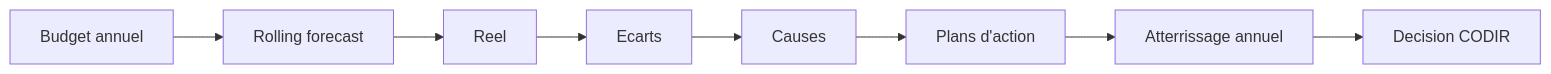
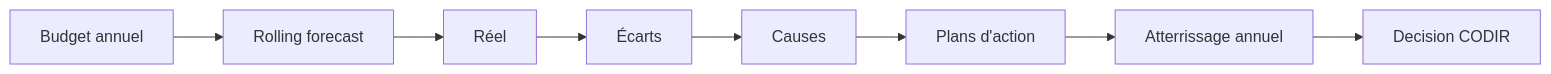
One commit to Sky273/ESNForecast changed the diagram in docs/v6-budget-trajectory.md. Above: the diagram before and after it, drawn with Mermaid. The commit also changed other lines of this file and 103 other files, not shown here.

````diff
--- a/docs/v6-budget-trajectory.md
+++ b/docs/v6-budget-trajectory.md
@@ -23,10 +23,10 @@
 ```mermaid
 flowchart LR
   Budget["Budget annuel"] --> Forecast["Rolling forecast"]
-  Forecast --> Actual["Reel"]
-  Actual --> Variance["Ecarts"]
+  Forecast --> Actual["Réel"]
+  Actual --> Variance["Écarts"]
   Variance --> Causes["Causes"]
   Causes --> Actions["Plans d'action"]
   Actions --> Landing["Atterrissage annuel"]
   Landing --> Decision["Decision CODIR"]
 ```
````
